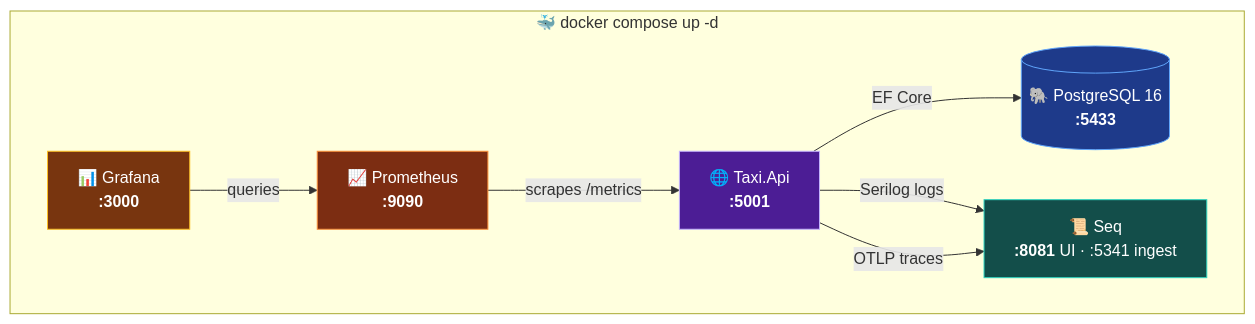
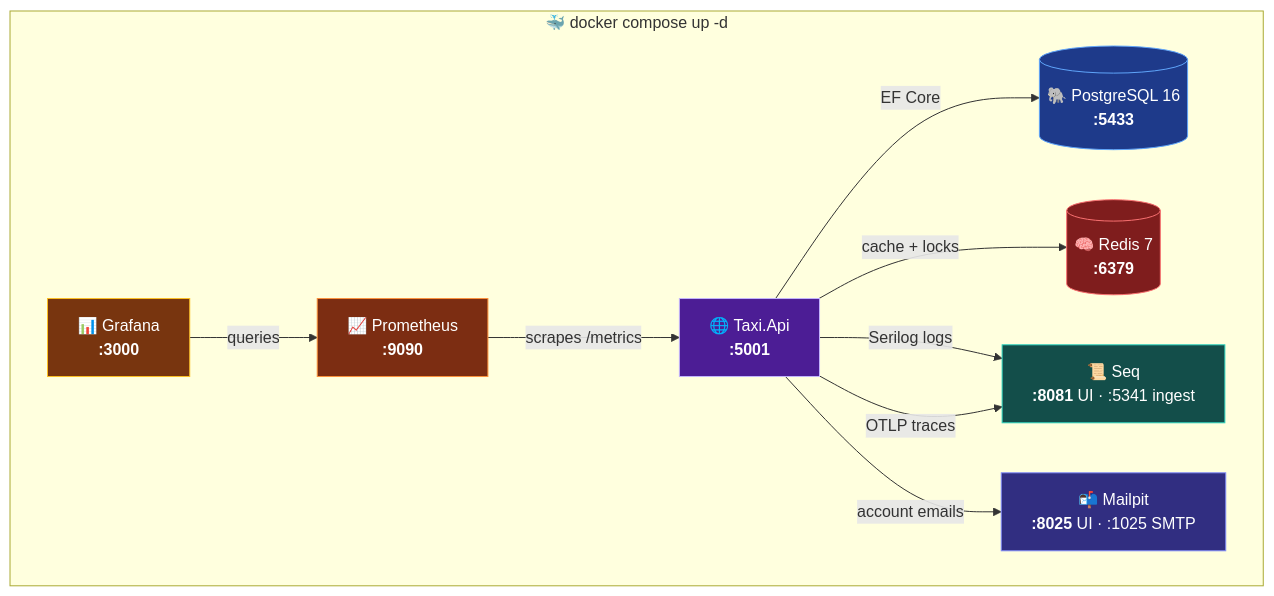
The tenth of 13 diagrams in docs/SHOWCASE.md (fat7i-alghareeb/BackEnd_templete), drawn with Mermaid before and after one commit. The commit also changed other lines of this file and 49 other files, not shown here.

````diff
--- a/docs/SHOWCASE.md
+++ b/docs/SHOWCASE.md
@@ -509,23 +547,29 @@
 ```mermaid
 flowchart LR
     subgraph compose["🐳 docker compose up -d"]
       direction LR
       API["🌐 Taxi.Api<br/><b>:5001</b>"]
       PG[("🐘 PostgreSQL 16<br/><b>:5433</b>")]
+      RD[("🧠 Redis 7<br/><b>:6379</b>")]
       SEQ["📜 Seq<br/><b>:8081</b> UI · :5341 ingest"]
+      MP["📬 Mailpit<br/><b>:8025</b> UI · :1025 SMTP"]
       PR["📈 Prometheus<br/><b>:9090</b>"]
       GR["📊 Grafana<br/><b>:3000</b>"]
     end
 
     API -->|EF Core| PG
+    API -->|cache + locks| RD
     API -->|Serilog logs| SEQ
     API -->|OTLP traces| SEQ
+    API -->|account emails| MP
     PR -->|scrapes /metrics| API
     GR -->|queries| PR
 
     style API fill:#4C1D95,stroke:#C4B5FD,color:#fff
     style PG fill:#1E3A8A,stroke:#60A5FA,color:#fff
+    style RD fill:#7F1D1D,stroke:#F87171,color:#fff
     style SEQ fill:#134E4A,stroke:#2DD4BF,color:#fff
+    style MP fill:#312E81,stroke:#818CF8,color:#fff
     style PR fill:#7C2D12,stroke:#FB923C,color:#fff
     style GR fill:#78350F,stroke:#FBBF24,color:#fff
 ```
````
